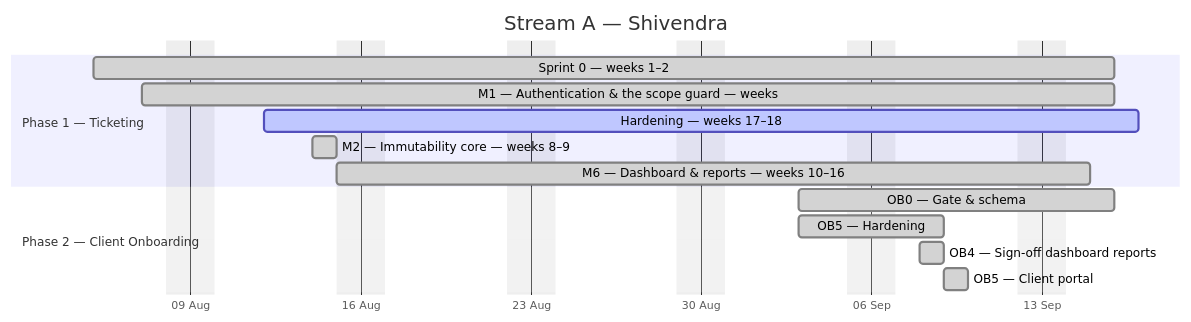
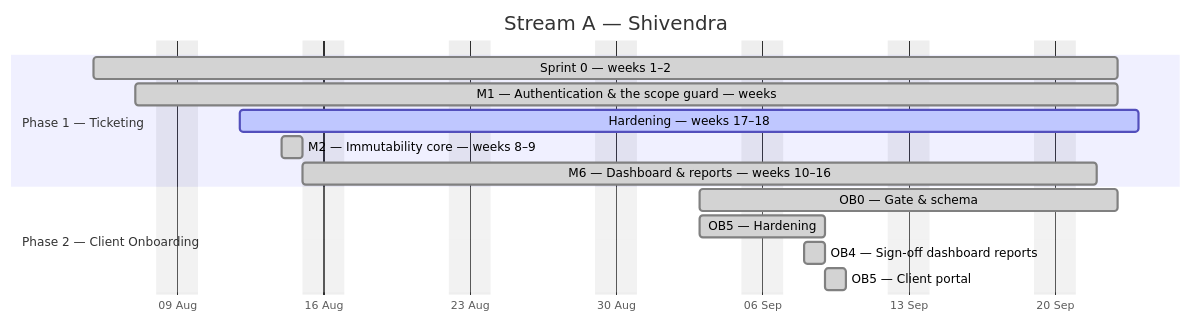
One commit to debashisedunext/EduTrack changed the first of 4 diagrams in docs/plan/GANTT.md. Above: the diagram before and after it, drawn with Mermaid. The commit also changed other lines of this file and 2 other files, not shown here.

````diff
--- a/docs/plan/GANTT.md
+++ b/docs/plan/GANTT.md
@@ -114,18 +114,18 @@
 ```mermaid
 gantt
     dateFormat YYYY-MM-DD
     axisFormat %d %b
     title Stream A — Shivendra
     excludes weekends
     section Phase 1 — Ticketing
-    Sprint 0 — weeks 1–2 :done, a0, 2026-08-05, 30d
-    M1 — Authentication & the scope guard — weeks :done, a1, 2026-08-07, 28d
-    Hardening — weeks 17–18 :active, a2, 2026-08-12, 26d
+    Sprint 0 — weeks 1–2 :done, a0, 2026-08-05, 35d
+    M1 — Authentication & the scope guard — weeks :done, a1, 2026-08-07, 33d
+    Hardening — weeks 17–18 :active, a2, 2026-08-12, 31d
     M2 — Immutability core — weeks 8–9 :done, a3, 2026-08-14, 1d
-    M6 — Dashboard & reports — weeks 10–16 :done, a4, 2026-08-15, 22d
+    M6 — Dashboard & reports — weeks 10–16 :done, a4, 2026-08-15, 27d
     section Phase 2 — Client Onboarding
-    OB0 — Gate & schema :done, a5, 2026-09-03, 9d
+    OB0 — Gate & schema :done, a5, 2026-09-03, 14d
     OB5 — Hardening :done, a6, 2026-09-03, 4d
     OB4 — Sign-off  dashboard  reports :done, a7, 2026-09-08, 1d
     OB5 — Client portal :done, a8, 2026-09-09, 1d
 ```
````
